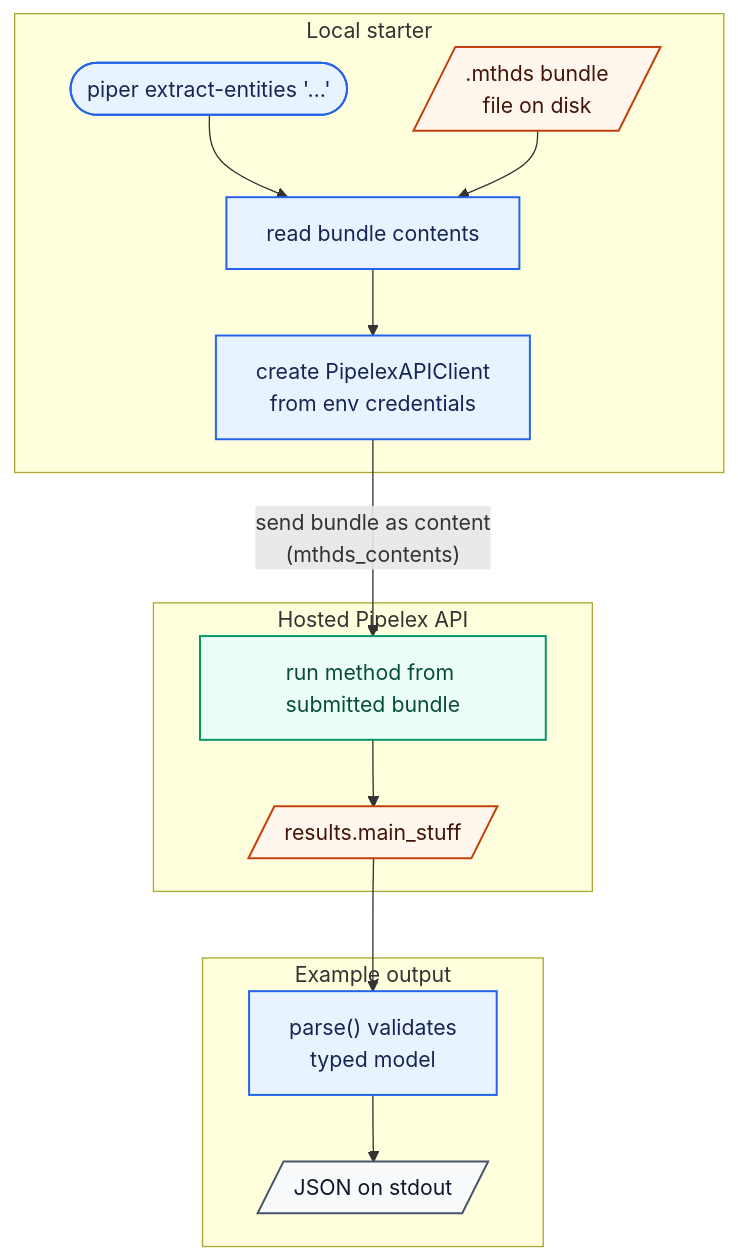
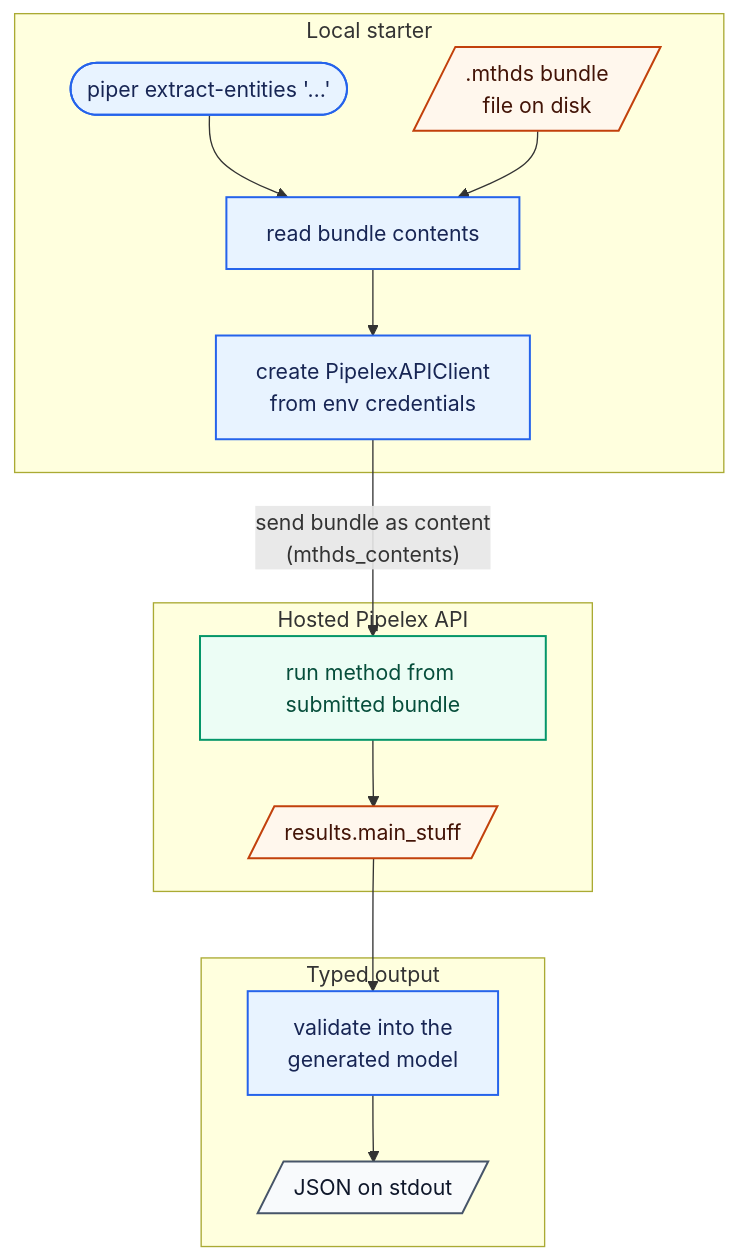
One commit to Pipelex/pipelex-starter-python changed the first of 5 diagrams in README.md. Above: the diagram before and after it, drawn with Mermaid. The commit also changed other lines of this file and 18 other files, not shown here.

````diff
--- a/README.md
+++ b/README.md
@@ -117,32 +117,32 @@
 ```mermaid
 flowchart TD
     subgraph Local["Local starter"]
         CLI(["piper extract-entities '…'"]):::operation
         Bundle[/" .mthds bundle<br/>file on disk "/]:::data
         Read["read bundle contents"]:::operation
         Client["create PipelexAPIClient<br/>from env credentials"]:::operation
     end
 
     subgraph Hosted["Hosted Pipelex API"]
         Run["run method from submitted bundle"]:::service
         MainStuff[/" results.main_stuff "/]:::data
     end
 
-    subgraph Output["Example output"]
-        Parse["parse() validates<br/>typed model"]:::operation
+    subgraph Output["Typed output"]
+        Parse["validate into the<br/>generated model"]:::operation
         JSON[/" JSON on stdout "/]:::terminal
     end
 
     CLI --> Read
     Bundle --> Read
     Read --> Client
     Client -->|"send bundle as content<br/>(mthds_contents)"| Run
     Run --> MainStuff
     MainStuff --> Parse
     Parse --> JSON
 
     classDef operation fill:#e8f3ff,stroke:#2563eb,stroke-width:1.5px,color:#172554
     classDef data fill:#fff7ed,stroke:#c2410c,stroke-width:1.5px,color:#431407
     classDef service fill:#ecfdf5,stroke:#059669,stroke-width:1.5px,color:#064e3b
     classDef terminal fill:#f8fafc,stroke:#475569,stroke-width:1.5px,color:#0f172a
 ```
````
